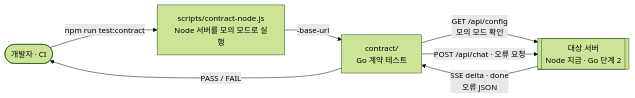
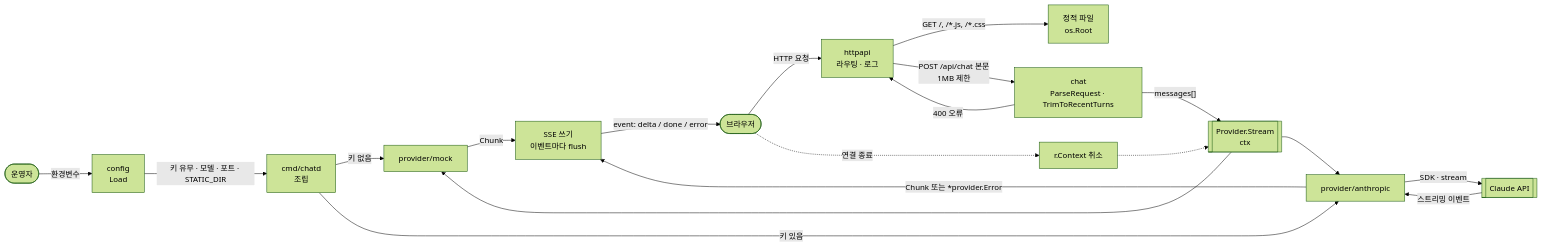
The diagram in server/README.md (kimtaesung98/ai-agent-chat-demo), drawn with Mermaid (forest theme) before and after one commit. The commit also changed other lines of this file and 27 other files, not shown here.

````diff
--- a/server/README.md
+++ b/server/README.md
@@ -29,9 +30,21 @@
 ```mermaid
 flowchart LR
-    Dev([개발자 · CI]) -->|"npm run test:contract"| Runner[scripts/contract-node.js<br>Node 서버를 모의 모드로 실행]
-    Runner -->|"-base-url"| Contract[contract/<br>Go 계약 테스트]
-    Contract -->|"GET /api/config<br>모의 모드 확인"| Target[[대상 서버<br>Node 지금 · Go 단계 2]]
-    Contract -->|"POST /api/chat · 오류 요청"| Target
-    Target -->|"SSE delta · done<br>오류 JSON"| Contract
-    Contract -->|"PASS / FAIL"| Dev
+    Operator([운영자]) -->|"환경변수"| Config[config<br>Load]
+    Config -->|"키 유무 · 모델 · 포트 · STATIC_DIR"| Main[cmd/chatd<br>조립]
+    Main -->|"키 없음"| Mock[provider/mock]
+    Main -->|"키 있음"| Anthropic[provider/anthropic]
+    Browser([브라우저]) -->|"HTTP 요청"| HTTP[httpapi<br>라우팅 · 로그]
+    HTTP -->|"GET /, /*.js, /*.css"| Static[정적 파일<br>os.Root]
+    HTTP -->|"POST /api/chat 본문<br>1MB 제한"| Chat[chat<br>ParseRequest · TrimToRecentTurns]
+    Chat -->|"400 오류"| HTTP
+    Chat -->|"messages[]"| Stream[[Provider.Stream<br>ctx]]
+    Stream --> Mock
+    Stream --> Anthropic
+    Anthropic -->|"SDK · stream"| Claude[[Claude API]]
+    Claude -->|"스트리밍 이벤트"| Anthropic
+    Mock -->|"Chunk"| SSE[SSE 쓰기<br>이벤트마다 flush]
+    Anthropic -->|"Chunk 또는 *provider.Error"| SSE
+    SSE -->|"event: delta / done / error"| Browser
+    Browser -.->|"연결 종료"| Cancel[r.Context 취소]
+    Cancel -.-> Stream
 ```
````
